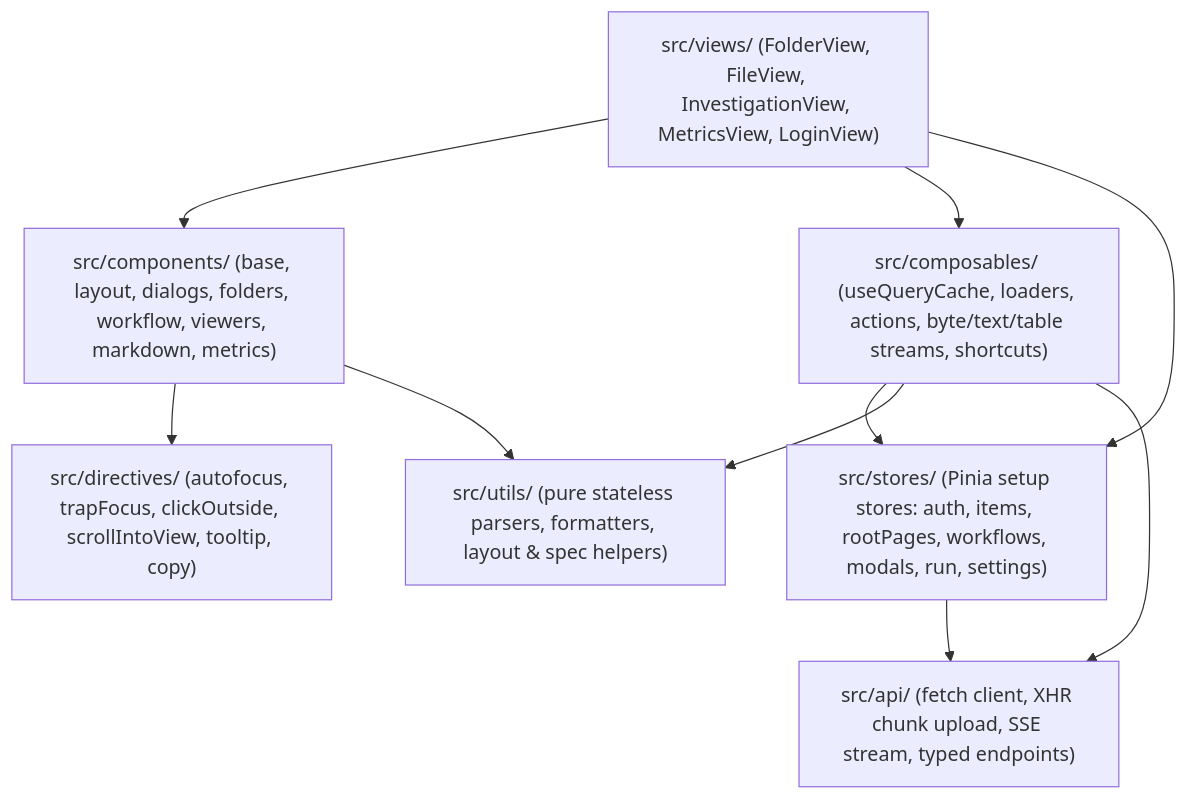
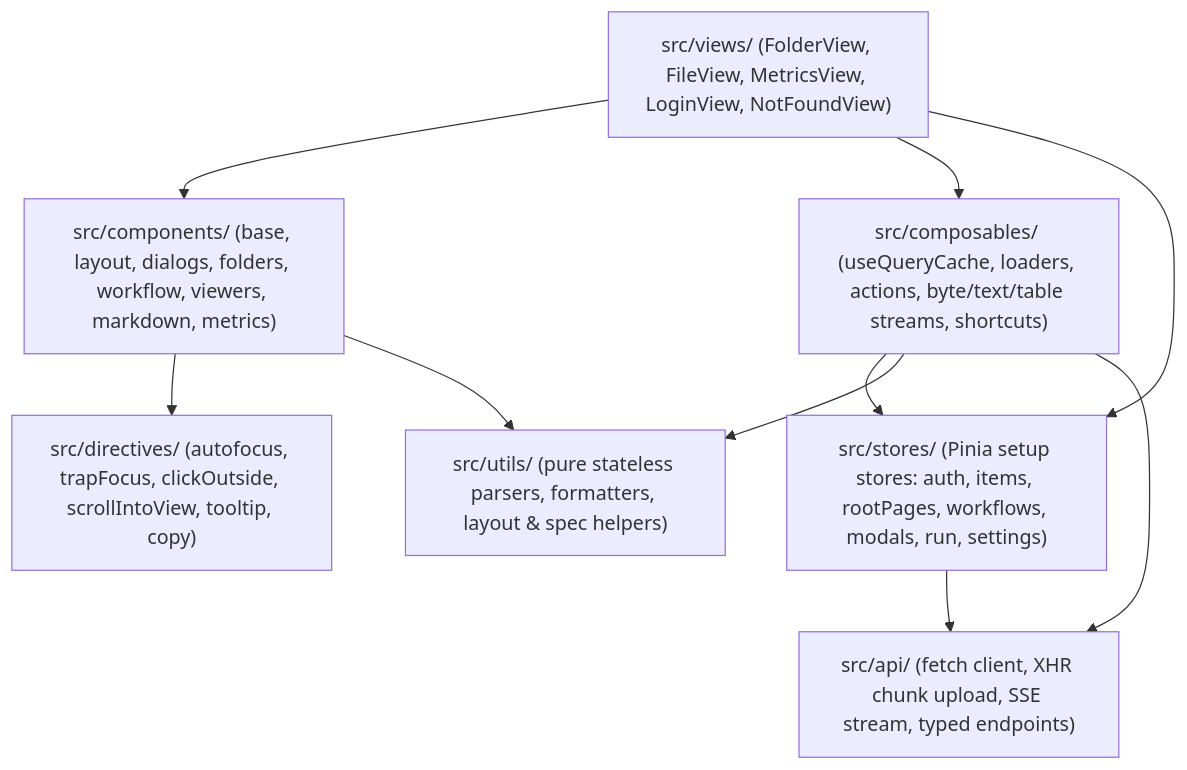
Before and after one commit to openrelik/openrelik: the diagram in dev/artifacts/features/runestone-web-ui/design.md, drawn with Mermaid. The commit also changed other lines of this file, not shown here.

````diff
--- a/dev/artifacts/features/runestone-web-ui/design.md
+++ b/dev/artifacts/features/runestone-web-ui/design.md
@@ -128,20 +128,20 @@
 ```mermaid
 flowchart TD
-  Views["src/views/ (FolderView, FileView, InvestigationView, MetricsView, LoginView)"]
+  Views["src/views/ (FolderView, FileView, MetricsView, LoginView, NotFoundView)"]
   Components["src/components/ (base, layout, dialogs, folders, workflow, viewers, markdown, metrics)"]
   Composables["src/composables/ (useQueryCache, loaders, actions, byte/text/table streams, shortcuts)"]
   Stores["src/stores/ (Pinia setup stores: auth, items, rootPages, workflows, modals, run, settings)"]
   Directives["src/directives/ (autofocus, trapFocus, clickOutside, scrollIntoView, tooltip, copy)"]
   Utils["src/utils/ (pure stateless parsers, formatters, layout & spec helpers)"]
   Api["src/api/ (fetch client, XHR chunk upload, SSE stream, typed endpoints)"]
 
   Views --> Components
   Views --> Composables
   Views --> Stores
   Components --> Directives
   Components --> Utils
   Composables --> Stores
   Composables --> Utils
   Composables --> Api
   Stores --> Api
 ```
````
